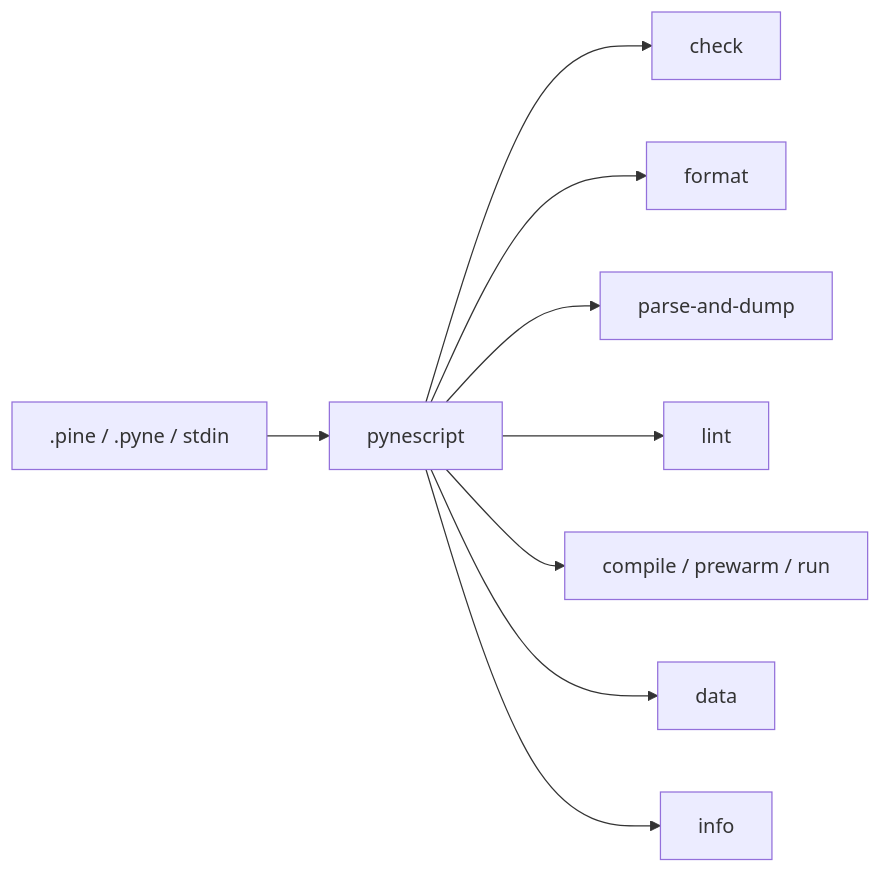
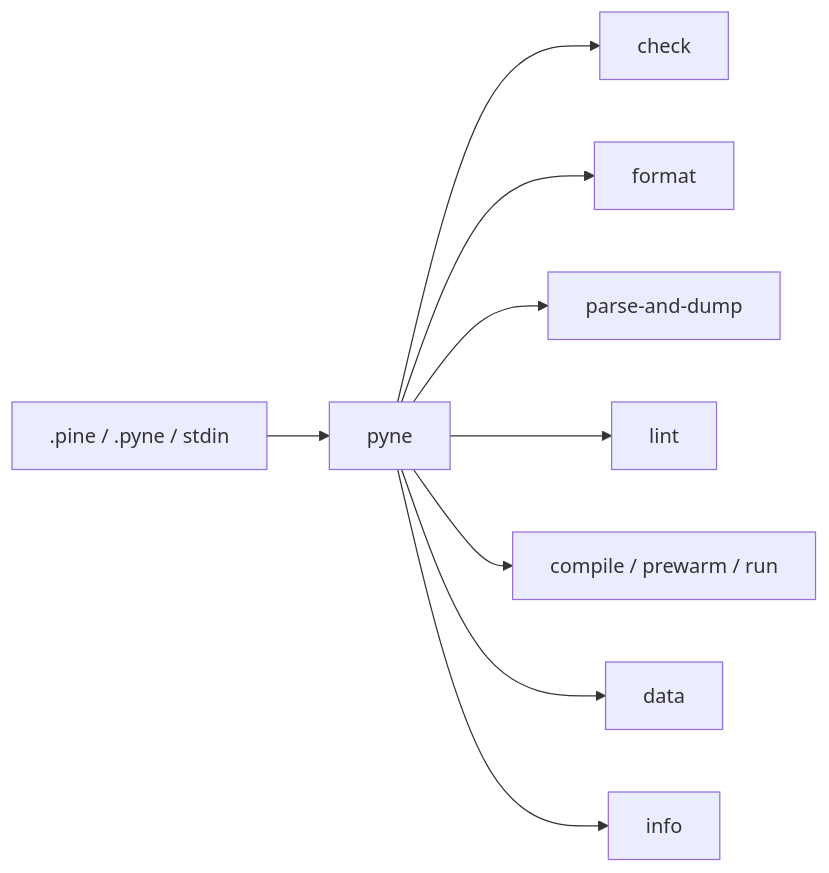
One commit to hoox-sh/pyne changed the diagram in docs/pyne/enduser/guides/cli.mdx. Above: the diagram before and after it, drawn with Mermaid. The commit also changed other lines of this file and 44 other files, not shown here.

````diff
--- a/docs/pyne/enduser/guides/cli.mdx
+++ b/docs/pyne/enduser/guides/cli.mdx
@@ -33,11 +33,11 @@
 ```mermaid
 flowchart LR
-  F[.pine / .pyne / stdin] --> C[pynescript]
+  F[.pine / .pyne / stdin] --> C[pyne]
   C --> CH[check]
   C --> FMT[format]
   C --> D[parse-and-dump]
   C --> L[lint]
   C --> CO[compile / prewarm / run]
   C --> M[data]
   C --> I[info]
 ```
````
